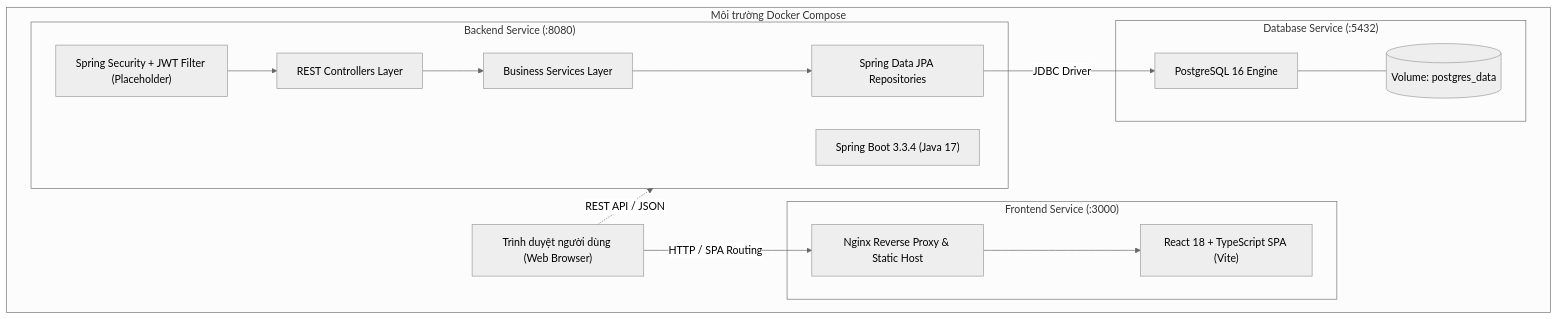
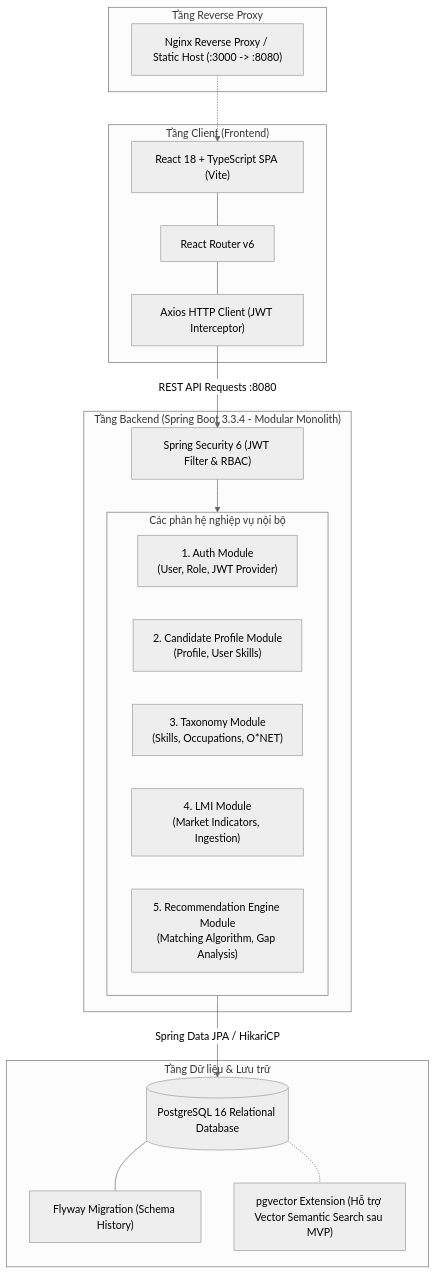
Before and after one commit to CNPM-Chuyen-Sau-SE214-R11-HK1-2026/Skill--and-Labor-Market-Demand-Based-Career-Recommendation-System: the first of 5 diagrams in docs/architecture/system-architecture.md, drawn with Mermaid (neutral theme). The commit also changed other lines of this file and 19 other files, not shown here.

First line of the commit message:
feat(arch): complete Week 1 Task 1 architecture, API contracts, database design, and sprint backlog

````diff
--- a/docs/architecture/system-architecture.md
+++ b/docs/architecture/system-architecture.md
@@ -13,34 +38,39 @@
 ```mermaid
-flowchart TD
-    Client["Trình duyệt người dùng (Web Browser)"]
-    
-    subgraph Docker_Compose_Environment["Môi trường Docker Compose"]
-        subgraph Frontend_Container["Frontend Service (:3000)"]
-            Nginx["Nginx Reverse Proxy & Static Host"]
-            ReactApp["React 18 + TypeScript SPA (Vite)"]
-            Nginx --> ReactApp
+graph TD
+    subgraph ClientTier ["Tầng Client (Frontend)"]
+        SPA["React 18 + TypeScript SPA (Vite)"]
+        Router["React Router v6"]
+        AxiosClient["Axios HTTP Client (JWT Interceptor)"]
+        SPA --- Router --- AxiosClient
+    end
+
+    subgraph GatewayTier ["Tầng Reverse Proxy"]
+        Nginx["Nginx Reverse Proxy / Static Host (:3000 -> :8080)"]
+    end
+
+    subgraph BackendTier ["Tầng Backend (Spring Boot 3.3.4 - Modular Monolith)"]
+        Security["Spring Security 6 (JWT Filter & RBAC)"]
+
+        subgraph Modules ["Các phân hệ nghiệp vụ nội bộ"]
+            AuthMod["1. Auth Module<br/>(User, Role, JWT Provider)"]
+            ProfileMod["2. Candidate Profile Module<br/>(Profile, User Skills)"]
+            TaxonomyMod["3. Taxonomy Module<br/>(Skills, Occupations, O*NET)"]
+            LMIMod["4. LMI Module<br/>(Market Indicators, Ingestion)"]
+            RecMod["5. Recommendation Engine Module<br/>(Matching Algorithm, Gap Analysis)"]
         end
 
-        subgraph Backend_Container["Backend Service (:8080)"]
-            SpringApp["Spring Boot 3.3.4 (Java 17)"]
-            SecurityLayer["Spring Security + JWT Filter (Placeholder)"]
-            ControllerLayer["REST Controllers Layer"]
-            ServiceLayer["Business Services Layer"]
-            RepoLayer["Spring Data JPA Repositories"]
-            
-            SecurityLayer --> ControllerLayer
-            ControllerLayer --> ServiceLayer
-            ServiceLayer --> RepoLayer
-        end
+        Security --> Modules
+    end
 
-        subgraph Database_Container["Database Service (:5432)"]
-            Postgres["PostgreSQL 16 Engine"]
-            DataVolume[("Volume: postgres_data")]
-            Postgres --- DataVolume
-        end
+    subgraph DataTier ["Tầng Dữ liệu & Lưu trữ"]
+        PostgresDB[("PostgreSQL 16 Relational Database")]
+        Flyway["Flyway Migration (Schema History)"]
+        PgVector["pgvector Extension (Hỗ trợ Vector Semantic Search sau MVP)"]
+        PostgresDB --- Flyway
+        PostgresDB -.- PgVector
+    end
 
-        Client -->|HTTP / SPA Routing| Nginx
-        Client -.->|REST API / JSON| Backend_Container
-        RepoLayer -->|JDBC Driver| Postgres
-    end
+    AxiosClient -->|REST API Requests :8080| Security
+    Nginx -.-> SPA
+    Modules -->|Spring Data JPA / HikariCP| PostgresDB
 ```
````
